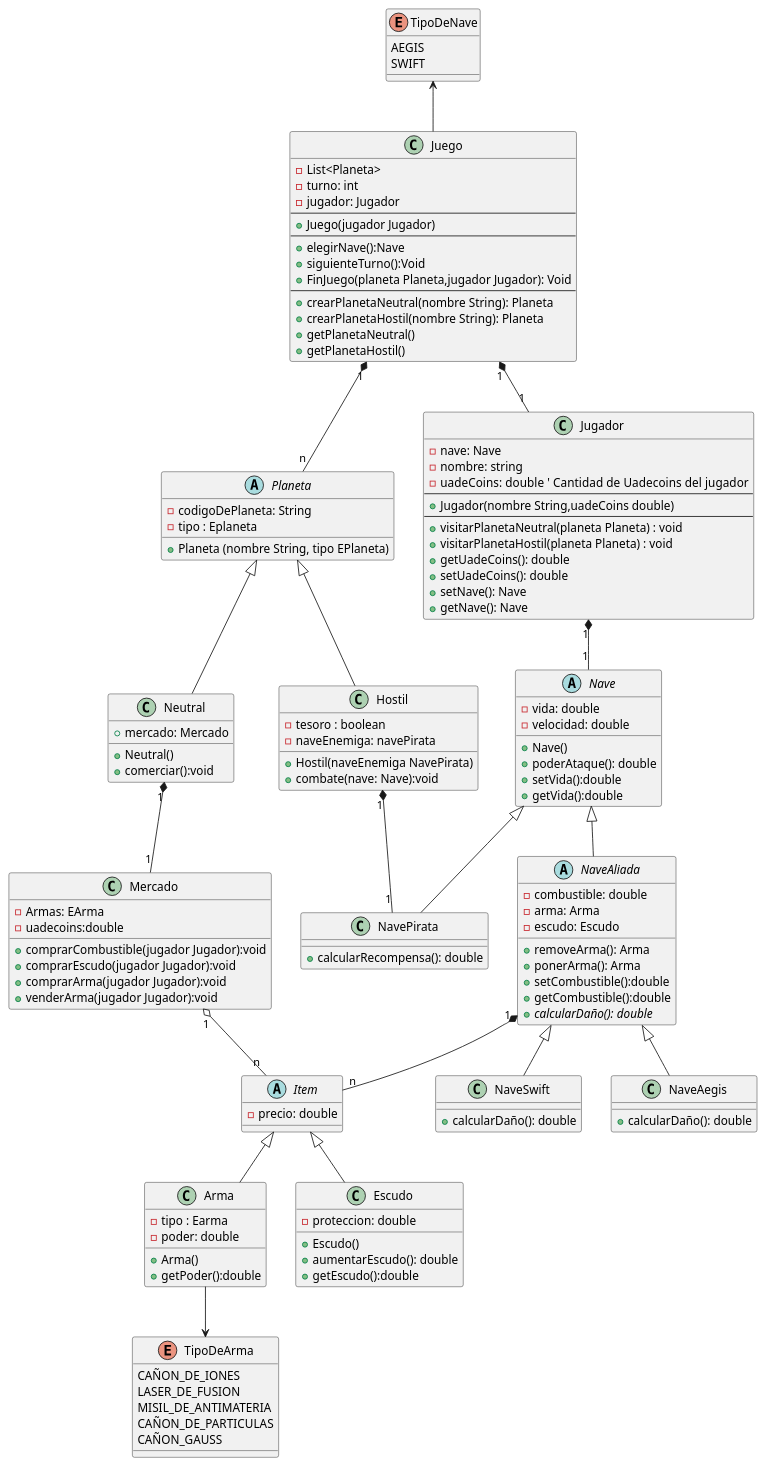
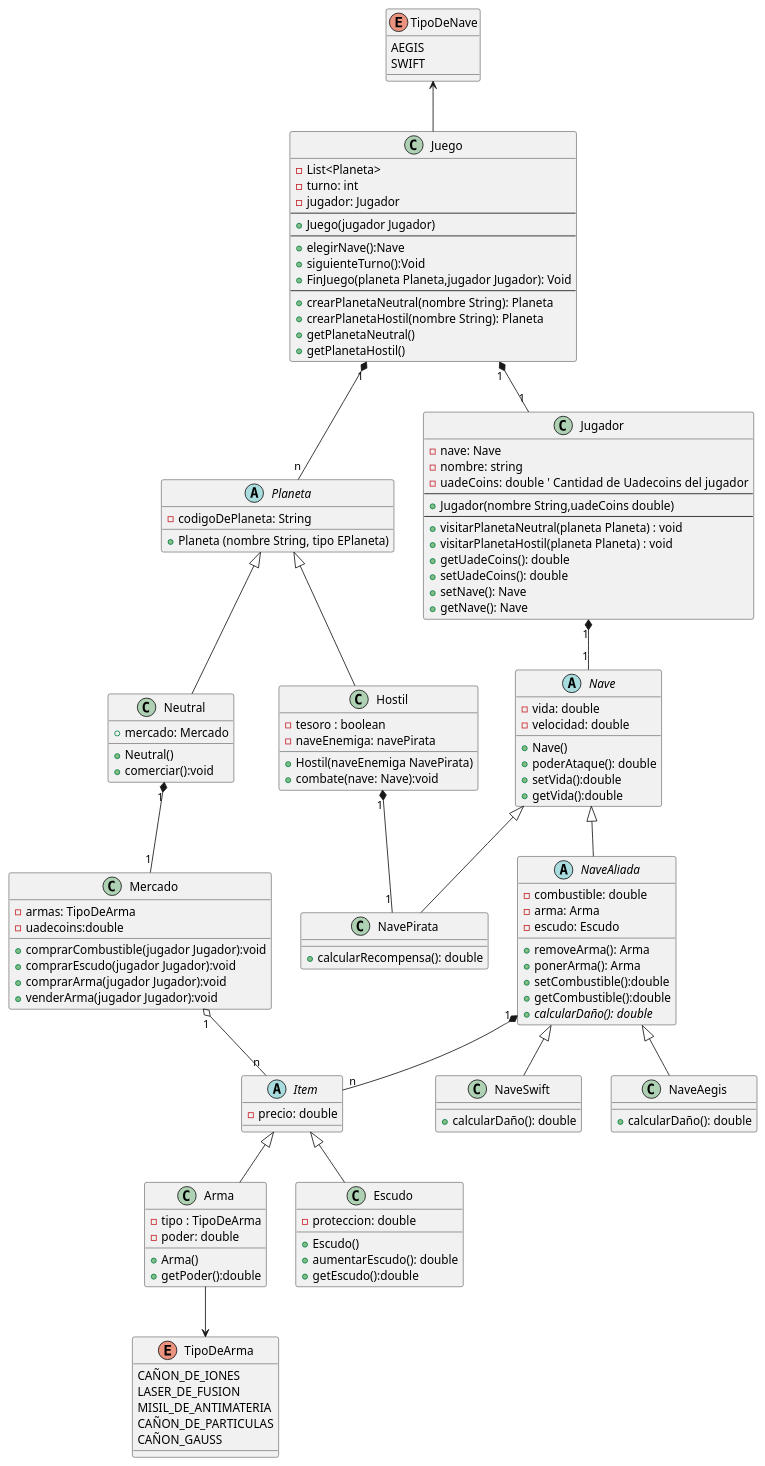
One commit to ianlio-git/LostGalaxy changed the diagram in src/TPO_classDiagram/TPO_ClassDiagram.puml. Above: the diagram before and after it, drawn with PlantUML.

Commit message:
Diagrama de clase corregido

```diff
--- a/src/TPO_classDiagram/TPO_ClassDiagram.puml
+++ b/src/TPO_classDiagram/TPO_ClassDiagram.puml
@@ -1,139 +1,138 @@
 @startuml
 'class Juego
 TipoDeNave <-- Juego
 enum TipoDeNave{
     AEGIS
     SWIFT
 }
 Arma --> TipoDeArma
 enum TipoDeArma{
    CAÑON_DE_IONES
    LASER_DE_FUSION
    MISIL_DE_ANTIMATERIA
    CAÑON_DE_PARTICULAS
    CAÑON_GAUSS
 }
 Juego "1" *-- "n" Planeta
 Juego "1" *-- "1" Jugador
 class Juego {
     - List<Planeta>
     - turno: int
     - jugador: Jugador
     --
     + Juego(jugador Jugador)
     --
     + elegirNave():Nave
     + siguienteTurno():Void
     + FinJuego(planeta Planeta,jugador Jugador): Void
     --
     + crearPlanetaNeutral(nombre String): Planeta
     + crearPlanetaHostil(nombre String): Planeta
     + getPlanetaNeutral()
     + getPlanetaHostil()
 }
 Jugador "1" *-- "1" Nave
 'class Jugador
 class Jugador {
     - nave: Nave
     - nombre: string
     - uadeCoins: double  ' Cantidad de Uadecoins del jugador
     --
     + Jugador(nombre String,uadeCoins double)
     --
     + visitarPlanetaNeutral(planeta Planeta) : void
     + visitarPlanetaHostil(planeta Planeta) : void
     + getUadeCoins(): double
     + setUadeCoins(): double
     + setNave(): Nave
     + getNave(): Nave
 }
 
 'class Nave
 abstract class Nave {
     - vida: double
     - velocidad: double
     + Nave()
     + poderAtaque(): double
     + setVida():double
     + getVida():double
 }
 abstract class NaveAliada extends Nave{
  - combustible: double
  - arma: Arma
  - escudo: Escudo
  + removeArma(): Arma
  + ponerArma(): Arma
  + setCombustible():double
  + getCombustible():double
  + {abstract} calcularDaño(): double
 }
 ' Clase para Nave Aegis
 class NaveAegis extends NaveAliada{
 + calcularDaño(): double
 }
 ' Clase para Nave Swift
 class NaveSwift extends NaveAliada {
 + calcularDaño(): double
 }
 NaveAliada "1"*--"n" Item
 abstract class Item{
 - precio: double
 
 }
 'class Arma
 class Arma extends Item{
-    - tipo : Earma
+    - tipo : TipoDeArma
     - poder: double
     + Arma()
     + getPoder():double
 }
 
 'class Escudo
 class Escudo extends Item {
     - proteccion: double
     + Escudo()
     + aumentarEscudo(): double
     + getEscudo():double
 }
 Hostil "1"*--"1" NavePirata
 'class Enemigo
 class NavePirata extends Nave {
     + calcularRecompensa(): double
 }
 
 'class Planeta
 
 Neutral "1"*--"1" Mercado
 abstract class Planeta {
     - codigoDePlaneta: String
-    - tipo : Eplaneta
     + Planeta (nombre String, tipo EPlaneta)
 }
 
 'class Mercado
 class Neutral extends Planeta{
     + mercado: Mercado
     + Neutral()
     + comerciar():void
 }
 Mercado "1" o-- "n" Item
 class Mercado {
-    -Armas: EArma
+    -armas: TipoDeArma
     -uadecoins:double
     + comprarCombustible(jugador Jugador):void
     + comprarEscudo(jugador Jugador):void
     + comprarArma(jugador Jugador):void
     + venderArma(jugador Jugador):void
 
 }
 
 'Subclase de Planeta: Hostil
 class Hostil extends Planeta{
     - tesoro : boolean
     - naveEnemiga: navePirata
     + Hostil(naveEnemiga NavePirata)
     + combate(nave: Nave):void
 }
 
 
 @enduml
```
